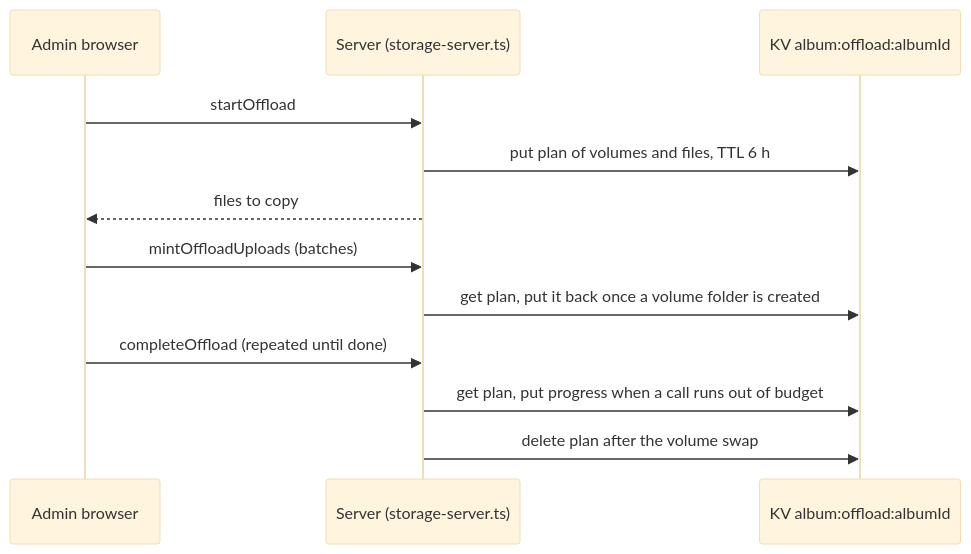
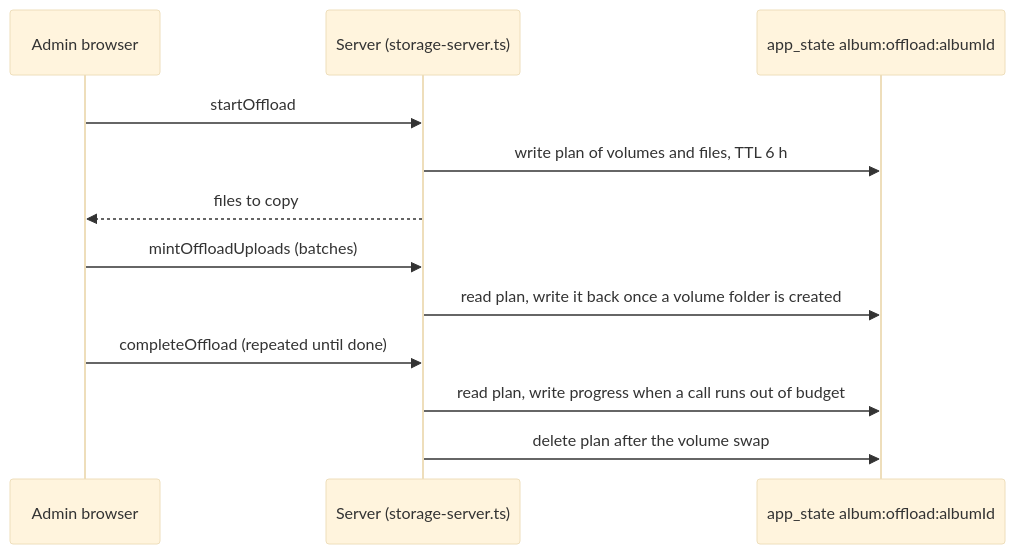
One commit to sagyzdop/meriksirat changed the diagram in docs/scenarios/kv/album-offload.md. Above: the diagram before and after it, drawn with Mermaid (base theme). The commit also changed other lines of this file and 32 other files, not shown here.

First line of the commit message:
perf(storage): move album caches, offload state and Telegram sessions from KV to D1

````diff
--- a/docs/scenarios/kv/album-offload.md
+++ b/docs/scenarios/kv/album-offload.md
@@ -7,14 +7,14 @@
 ```mermaid
 sequenceDiagram
     participant A as Admin browser
     participant S as Server (storage-server.ts)
-    participant K as KV album:offload:albumId
+    participant K as app_state album:offload:albumId
     A->>S: startOffload
-    S->>K: put plan of volumes and files, TTL 6 h
+    S->>K: write plan of volumes and files, TTL 6 h
     S-->>A: files to copy
     A->>S: mintOffloadUploads (batches)
-    S->>K: get plan, put it back once a volume folder is created
+    S->>K: read plan, write it back once a volume folder is created
     A->>S: completeOffload (repeated until done)
-    S->>K: get plan, put progress when a call runs out of budget
+    S->>K: read plan, write progress when a call runs out of budget
     S->>K: delete plan after the volume swap
 ```
````
